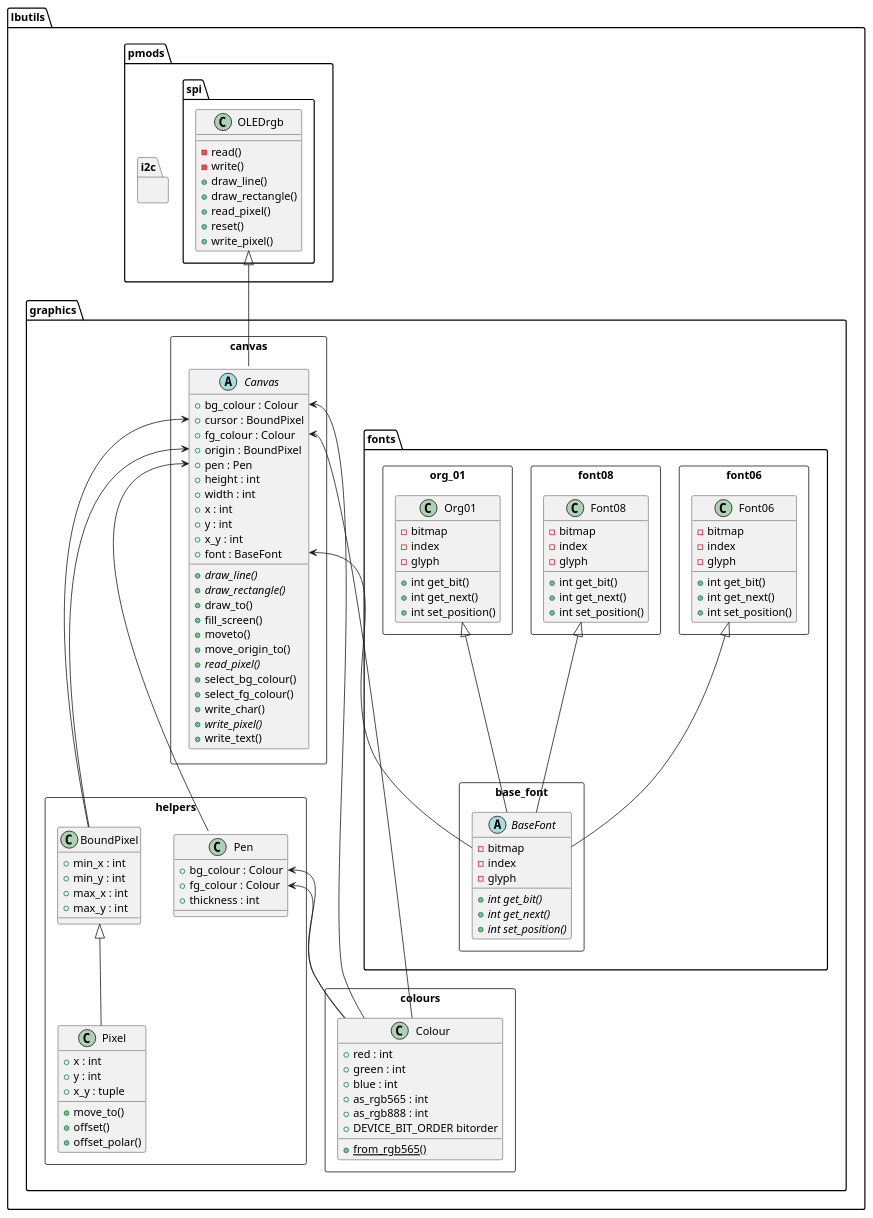
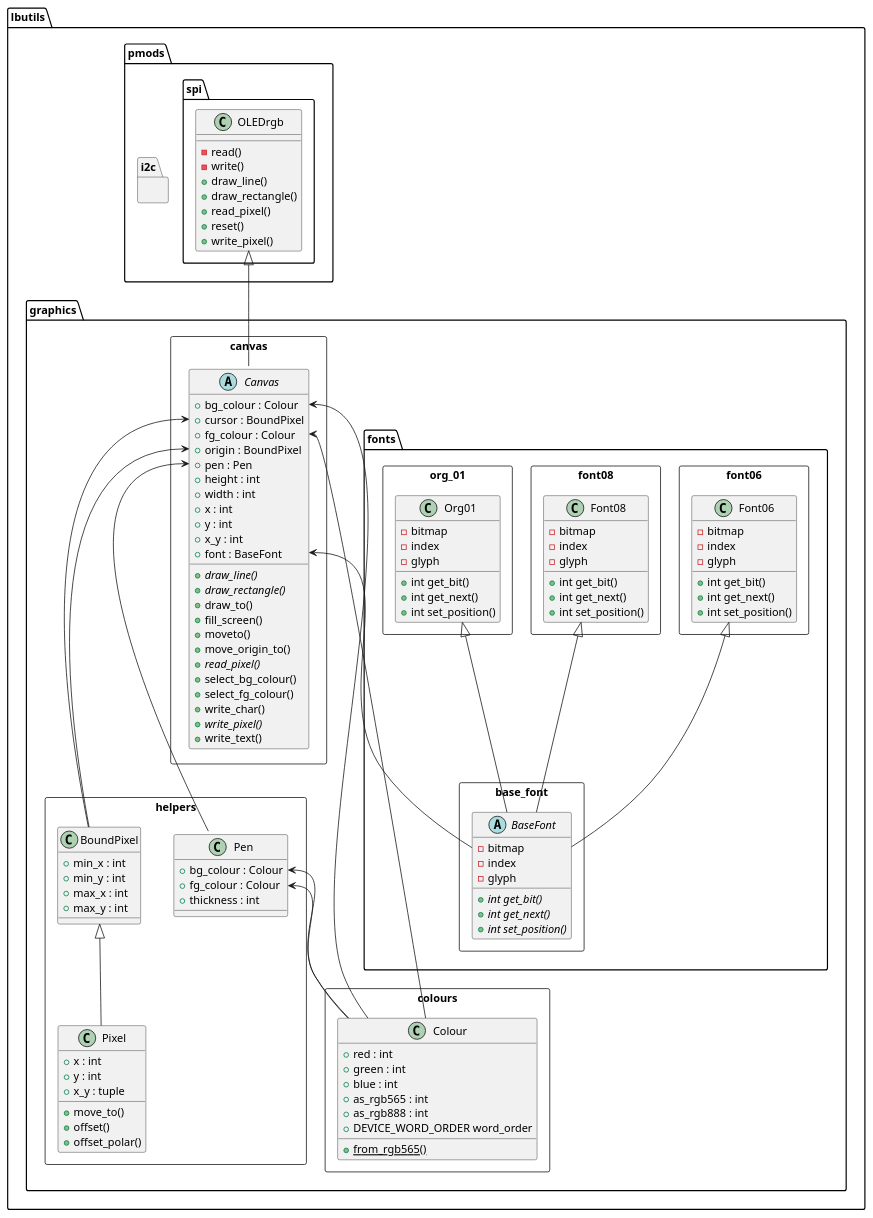
Before and after one commit to dlove24/lbutils: the diagram in docs/ref/pmods/pmod_summary.md, drawn with PlantUML. The commit also changed 22 other files, not shown here.

```diff
--- a/docs/ref/pmods/pmod_summary.md
+++ b/docs/ref/pmods/pmod_summary.md
@@ -80,7 +80,7 @@
             + blue : int
             + as_rgb565 : int
             + as_rgb888 : int
-            +DEVICE_BIT_ORDER bitorder
+            +DEVICE_WORD_ORDER word_order
             {static} +from_rgb565()
         }
     }
```
